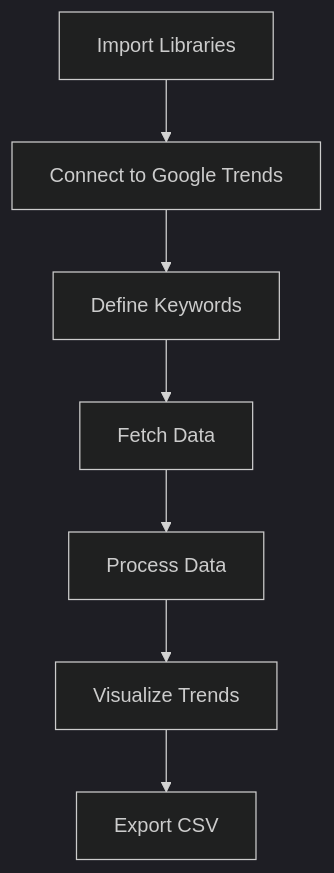
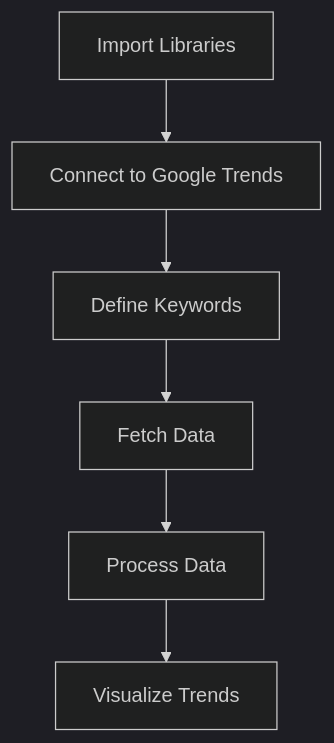
One commit to prabhat-prajapati99/Google-Keyword-Trend-Analysis changed the diagram in README.md. Above: the diagram before and after it, drawn with Mermaid (dark theme).

````diff
--- a/README.md
+++ b/README.md
@@ -59,9 +59,8 @@
 ```mermaid
 graph TD;
 A[Import Libraries] --> B[Connect to Google Trends]
 B --> C[Define Keywords]
 C --> D[Fetch Data]
 D --> E[Process Data]
 E --> F[Visualize Trends]
-F --> G[Export CSV]
 ```
````
